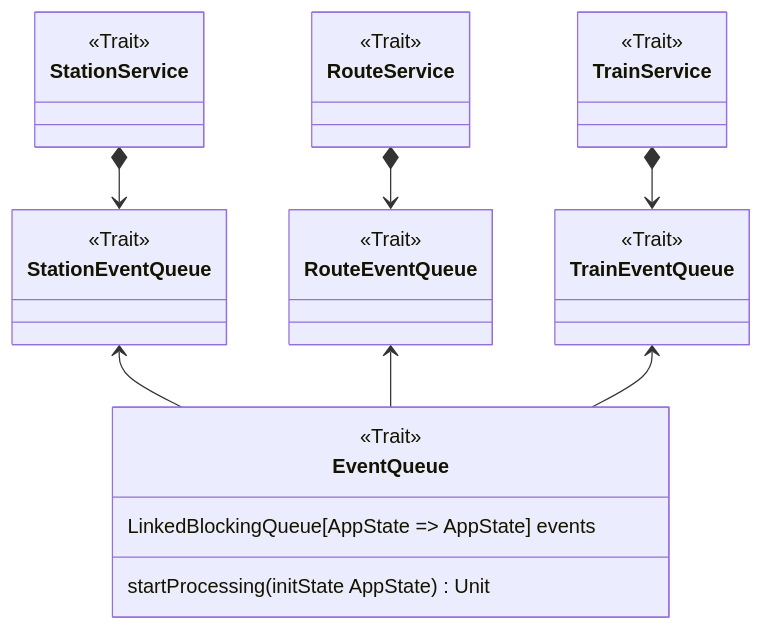
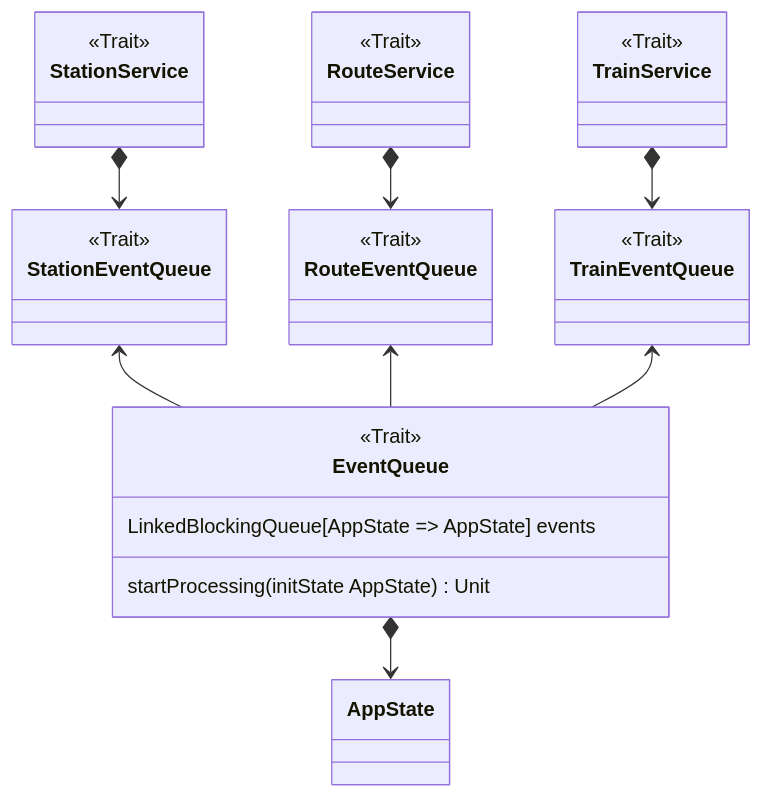
Before and after one commit to dev-pps/pps-23-ulisse: the second of 3 diagrams in docs/report/5-impl-buizo.md, drawn with Mermaid. The commit also changed other lines of this file, not shown here.

Commit message:
docs: event queue

````diff
--- a/docs/report/5-impl-buizo.md
+++ b/docs/report/5-impl-buizo.md
@@ -79,26 +84,28 @@
 ```mermaid
 classDiagram
-    class `EventQueue`
-    class `StationEventQueue`
-    class `RouteEventQueue`
-    class `TrainEventQueue`
-    class `StationService`
-    class `RouteService`
-    class `TrainService`
-    <<Trait>> `EventQueue`
-    <<Trait>> `StationEventQueue`
-    <<Trait>> `RouteEventQueue`
-    <<Trait>> `TrainEventQueue`
-    <<Trait>> `StationService`
-    <<Trait>> `RouteService`
-    <<Trait>> `TrainService`
+    class AppState
+    class EventQueue
+    class StationEventQueue
+    class RouteEventQueue
+    class TrainEventQueue
+    class StationService
+    class RouteService
+    class TrainService
+    <<Trait>> EventQueue
+    <<Trait>> StationEventQueue
+    <<Trait>> RouteEventQueue
+    <<Trait>> TrainEventQueue
+    <<Trait>> StationService
+    <<Trait>> RouteService
+    <<Trait>> TrainService
     EventQueue: LinkedBlockingQueue[AppState => AppState] events
     EventQueue: startProcessing(initState AppState) Unit
 
-    `StationEventQueue` <-- `EventQueue`
-    `RouteEventQueue` <-- `EventQueue`
-    `TrainEventQueue` <-- `EventQueue`
-    `StationService` *--> `StationEventQueue`
-    `RouteService` *--> `RouteEventQueue`
-    `TrainService` *--> `TrainEventQueue`
+    EventQueue *--> AppState
+    StationEventQueue <-- EventQueue
+    RouteEventQueue <-- EventQueue
+    TrainEventQueue <-- EventQueue
+    StationService *--> StationEventQueue
+    RouteService *--> RouteEventQueue
+    TrainService *--> TrainEventQueue
 ```
````
